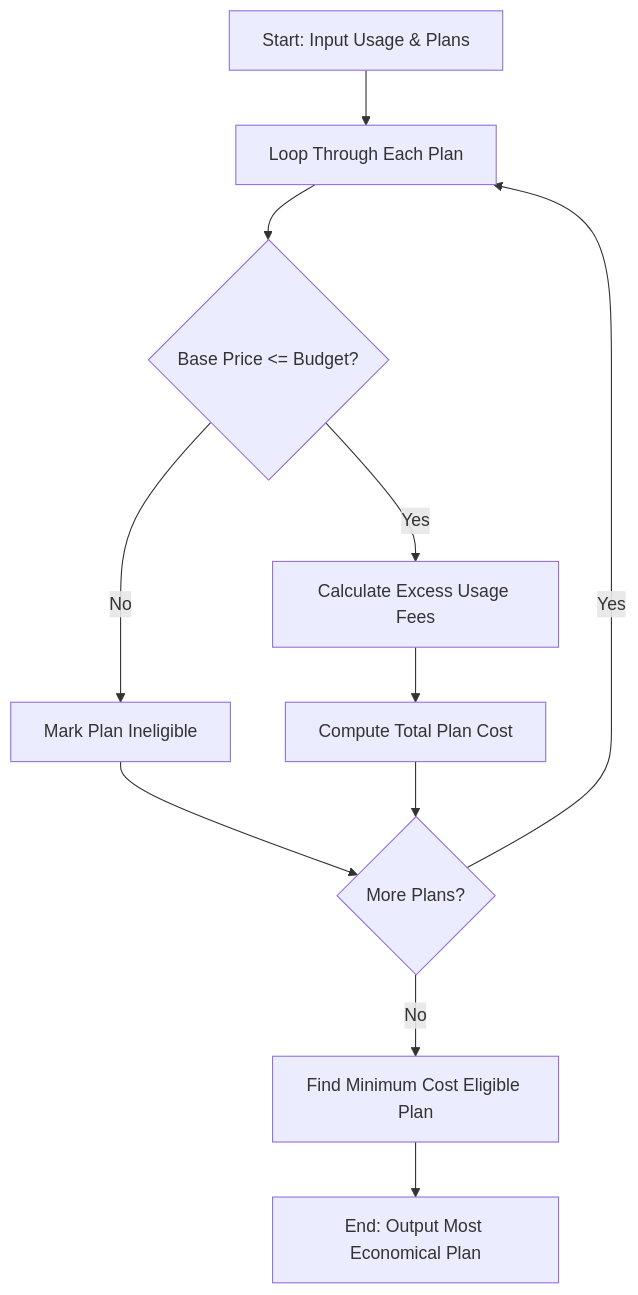
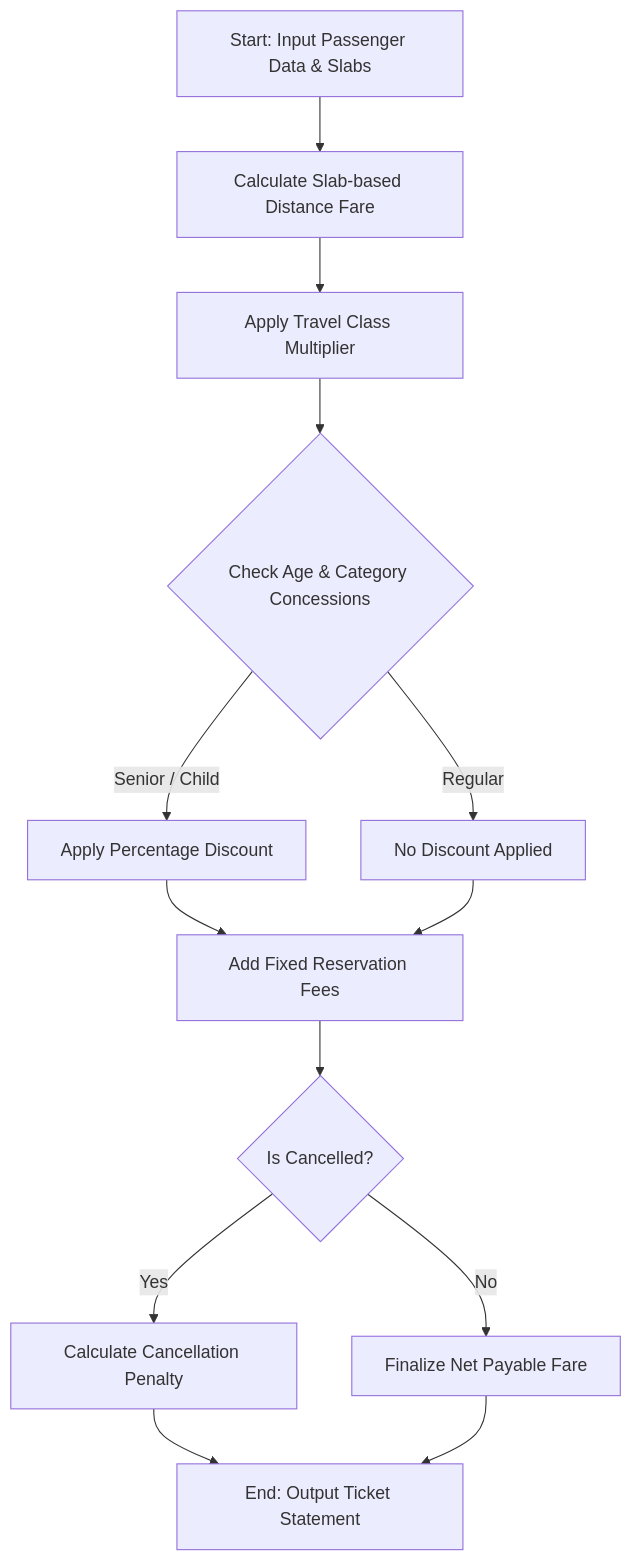
One commit to maheshjuvvanaboyina-glitch/python-activity-assignments changed the diagram in task5/code.md. Above: the diagram before and after it, drawn with Mermaid. The commit also changed other lines of this file, not shown here.

First line of the commit message:
Revise problem statement and algorithm for fare system

````diff
--- a/task5/code.md
+++ b/task5/code.md
@@ -26,14 +26,16 @@
 ```mermaid
 flowchart TD
-    A[Start: Input Usage & Plans] --> B[Loop Through Each Plan]
-    B --> C{Base Price <= Budget?}
-    C -- No --> D[Mark Plan Ineligible]
-    C -- Yes --> E[Calculate Excess Usage Fees]
-    E --> F[Compute Total Plan Cost]
-    D --> G{More Plans?}
+    A[Start: Input Passenger Data & Slabs] --> B[Calculate Slab-based Distance Fare]
+    B --> C[Apply Travel Class Multiplier]
+    C --> D{Check Age & Category Concessions}
+    D -->|Senior / Child| E[Apply Percentage Discount]
+    D -->|Regular| F[No Discount Applied]
+    E --> G[Add Fixed Reservation Fees]
     F --> G
-    G -- Yes --> B
-    G -- No --> H[Find Minimum Cost Eligible Plan]
-    H --> I[End: Output Most Economical Plan]
+    G --> H{Is Cancelled?}
+    H -->|Yes| I[Calculate Cancellation Penalty]
+    H -->|No| J[Finalize Net Payable Fare]
+    I --> K[End: Output Ticket Statement]
+    J --> K
 
 ```
````
